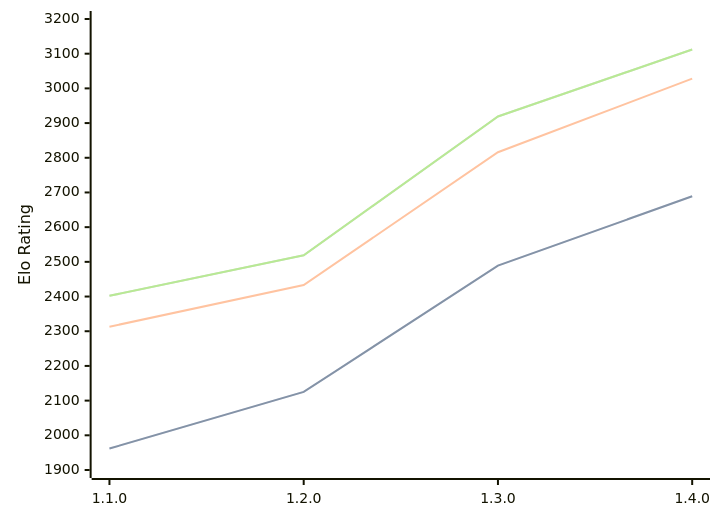
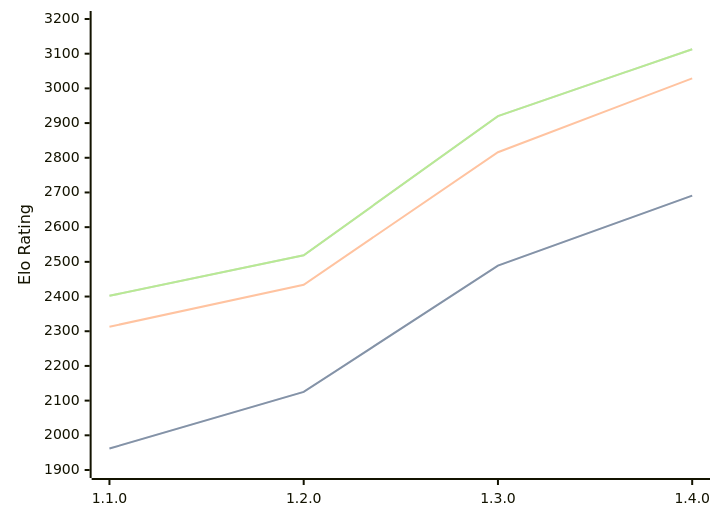
Before and after one commit to computer-chess-index/cci: the diagram in engines/Gyatso.md, drawn with Mermaid. The commit also changed other lines of this file, not shown here.

Commit message:
Update CCI Ratings (ELO VLTC) - 2026-08-27

````diff
--- a/engines/Gyatso.md
+++ b/engines/Gyatso.md
@@ -36,11 +36,11 @@
 ```mermaid
 %%{init: {"theme":"base","themeVariables":{"seriesColors:['#a3a3a3','#222221','#faa371']}}}%%
 xychart-beta
   x-axis ["1.1.0", "1.2.0", "1.3.0", "1.4.0"]
   y-axis "Elo Rating" 1900 --> 3200
-  line "STC (8.0+0.08s)" [1962, 2125, 2489, 2689]
-  line "STC (8.0+0.08s)" [1962, 2125, 2489, 2689]
-  line "LTC (60.0+0.60s)" [2313, 2433, 2816, 3028]
-  line "VLTC (2m24s+1.12s)" [2402, 2519, 2919, 3112]
-  line "VLTC (2m24s+1.12s)" [2402, 2519, 2919, 3112]
+  line "STC (8.0+0.08s)" [1962, 2125, 2489, 2691]
+  line "STC (8.0+0.08s)" [1962, 2125, 2489, 2691]
+  line "LTC (60.0+0.60s)" [2313, 2434, 2816, 3029]
+  line "VLTC (2m24s+1.12s)" [2402, 2519, 2920, 3113]
+  line "VLTC (2m24s+1.12s)" [2402, 2519, 2920, 3113]
 ```
````
